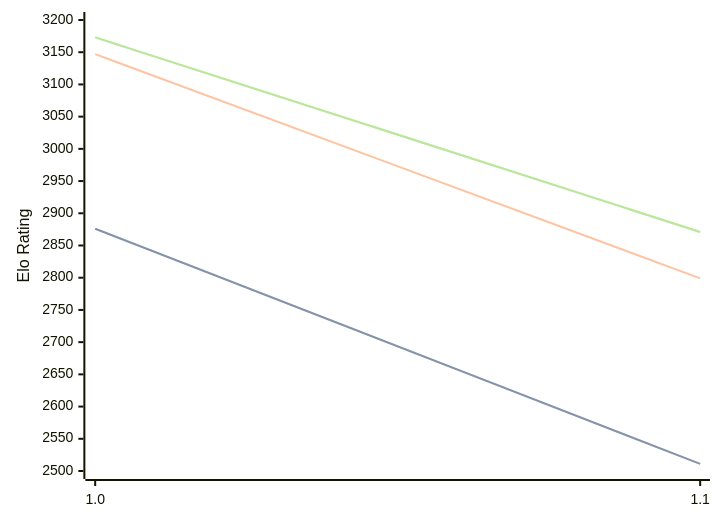
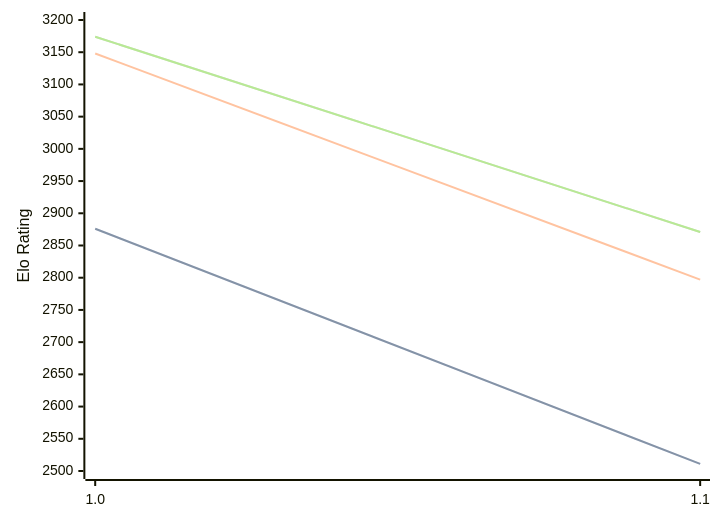
Before and after one commit to computer-chess-index/cci: the diagram in engines/Publius.md, drawn with Mermaid. The commit also changed other lines of this file, not shown here.

Commit message:
Update CCI Ratings (ELO VLTC) - 2026-04-22

````diff
--- a/engines/Publius.md
+++ b/engines/Publius.md
@@ -32,11 +32,11 @@
 ```mermaid
 %%{init: {"theme":"base","themeVariables":{"seriesColors:['#a3a3a3','#222221','#faa371']}}}%%
 xychart-beta
   x-axis ["1.0", "1.1"]
   y-axis "Elo Rating" 2500 --> 3200
   line "STC (8.0+0.08s)" [2876, 2511]
   line "STC (8.0+0.08s)" [2876, 2511]
-  line "LTC (60.0+0.60s)" [3147, 2799]
-  line "VLTC (2m24s+1.12s)" [3173, 2871]
-  line "VLTC (2m24s+1.12s)" [3173, 2871]
+  line "LTC (60.0+0.60s)" [3148, 2797]
+  line "VLTC (2m24s+1.12s)" [3174, 2871]
+  line "VLTC (2m24s+1.12s)" [3174, 2871]
 ```
````
